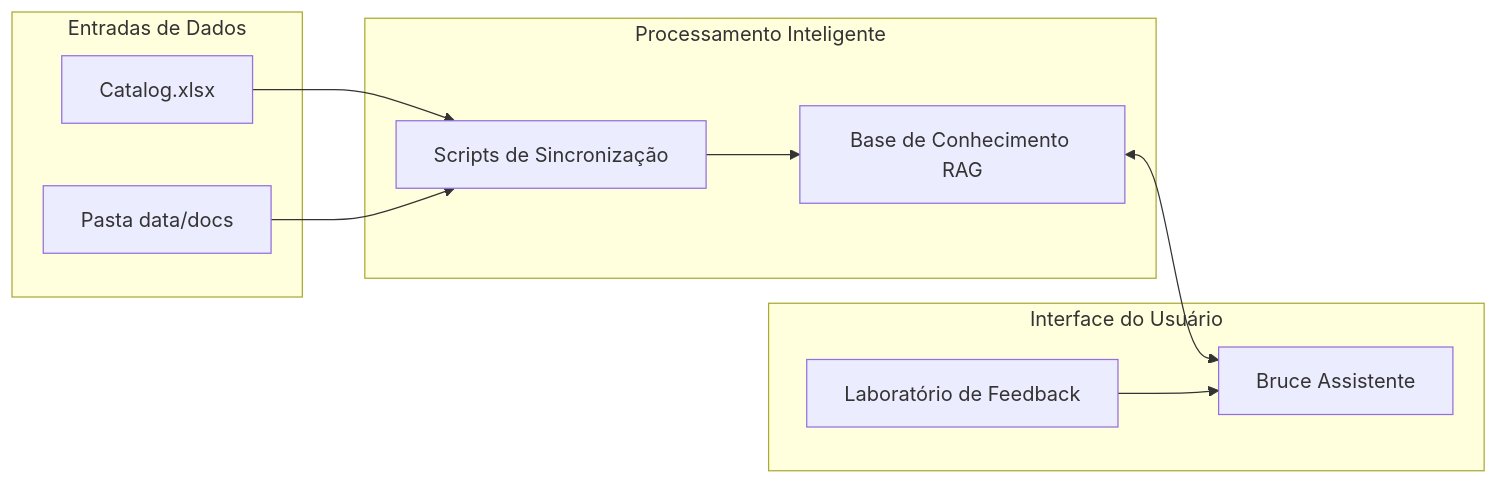
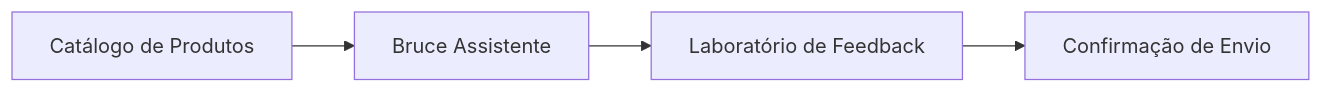
Before and after one commit to arthurmaranhaoo/trillia-platform: the diagram in README.md, drawn with Mermaid. The commit also changed other lines of this file, not shown here.

Commit message:
docs: focus README on user journey and screens flow

````diff
--- a/README.md
+++ b/README.md
@@ -7,23 +9,6 @@
 ```mermaid
 graph LR
-    subgraph "Entradas de Dados"
-        Excel[Catalog.xlsx]
-        Docs[Pasta data/docs]
-    end
-    
-    subgraph "Processamento Inteligente"
-        Sync[Scripts de Sincronização]
-        RAG[Base de Conhecimento RAG]
-    end
-    
-    subgraph "Interface do Usuário"
-        Bruce[Bruce Assistente]
-        Lab[Laboratório de Feedback]
-    end
-
-    Excel --> Sync
-    Docs --> Sync
-    Sync --> RAG
-    RAG <--> Bruce
-    Lab --> Bruce
+    A[Catálogo de Produtos] --> B[Bruce Assistente]
+    B --> C[Laboratório de Feedback]
+    C --> D[Confirmação de Envio]
 ```
````
